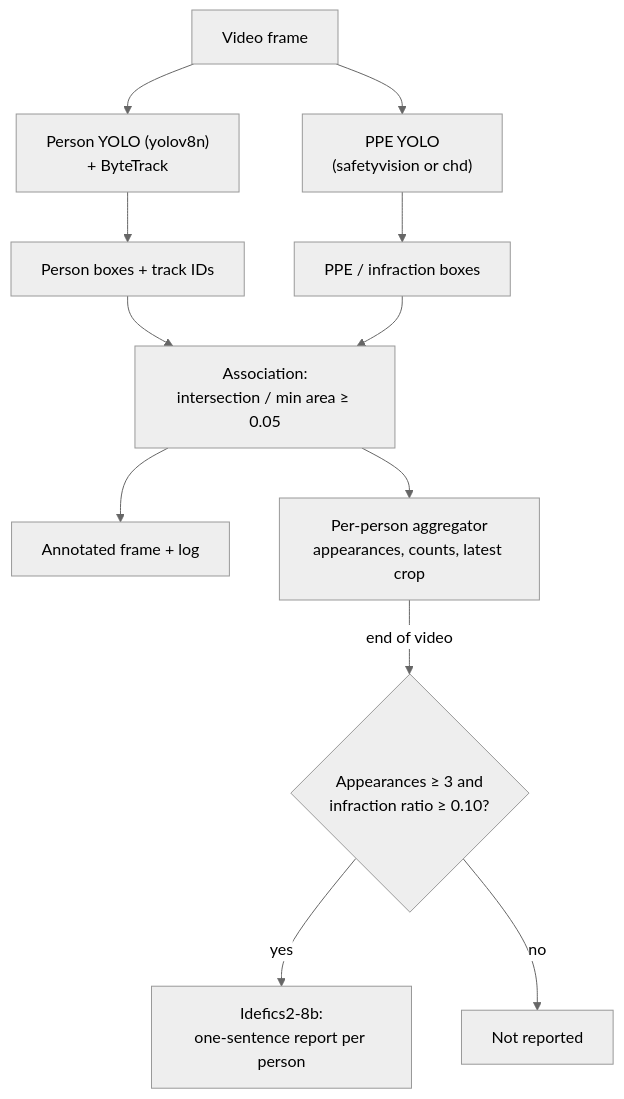
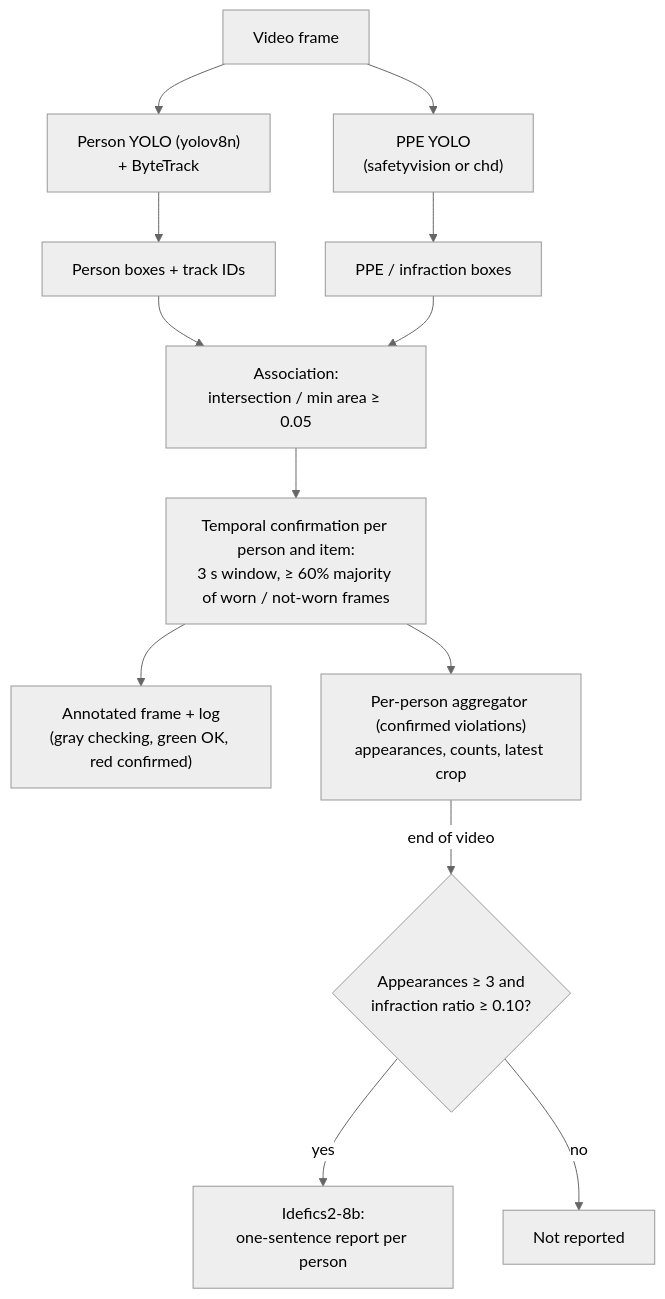
One commit to karemdm/ppe-compliance-vlm changed the diagram in README.md. Above: the diagram before and after it, drawn with Mermaid (neutral theme). The commit also changed other lines of this file and 15 other files, not shown here.

Commit message:
feat: temporal confirmation rule for person PPE state; ppe conf 0.15

````diff
--- a/README.md
+++ b/README.md
@@ -36,14 +43,15 @@
 ```mermaid
 flowchart TD
     A["Video frame"] --> B["Person YOLO (yolov8n)<br/>+ ByteTrack"]
     A --> C["PPE YOLO<br/>(safetyvision or chd)"]
     B --> D["Person boxes + track IDs"]
     C --> E["PPE / infraction boxes"]
     D --> F["Association:<br/>intersection / min area ≥ 0.05"]
     E --> F
-    F --> G["Annotated frame + log"]
-    F --> H["Per-person aggregator<br/>appearances, counts, latest crop"]
+    F --> T["Temporal confirmation per person and item:<br/>3 s window, ≥ 60% majority of worn / not-worn frames"]
+    T --> G["Annotated frame + log<br/>(gray checking, green OK, red confirmed)"]
+    T --> H["Per-person aggregator (confirmed violations)<br/>appearances, counts, latest crop"]
     H -- end of video --> I{"Appearances ≥ 3 and<br/>infraction ratio ≥ 0.10?"}
     I -- yes --> J["Idefics2-8b:<br/>one-sentence report per person"]
     I -- no --> K["Not reported"]
 ```
````
